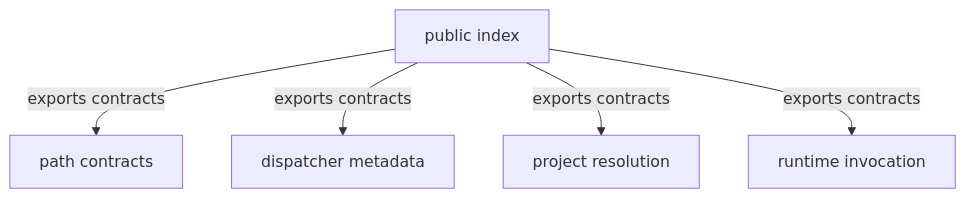
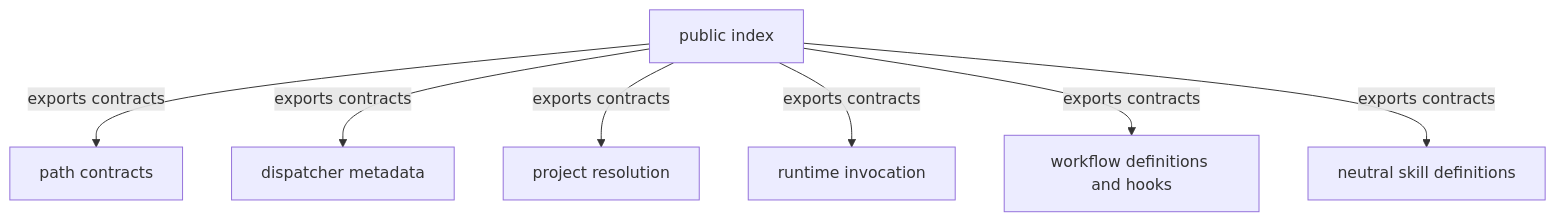
Before and after one commit to Dangerdan9631/Agent: the diagram in spec-n-roll/src/spec-n-roll-api/src/README.md, drawn with Mermaid. The commit also changed other lines of this file and 57 other files, not shown here.

Commit message:
feat(spec-n-roll): add agent-neutral workflow foundations

````diff
--- a/spec-n-roll/src/spec-n-roll-api/src/README.md
+++ b/spec-n-roll/src/spec-n-roll-api/src/README.md
@@ -7,13 +7,17 @@
 ```mermaid
 flowchart TD
     PublicApi["public index"]
     Paths["path contracts"]
     Metadata["dispatcher metadata"]
     Project["project resolution"]
     Runtime["runtime invocation"]
+    Workflow["workflow definitions and hooks"]
+    Skills["neutral skill definitions"]
 
     PublicApi -->|"exports contracts"| Paths
     PublicApi -->|"exports contracts"| Metadata
     PublicApi -->|"exports contracts"| Project
     PublicApi -->|"exports contracts"| Runtime
+    PublicApi -->|"exports contracts"| Workflow
+    PublicApi -->|"exports contracts"| Skills
 ```
````
